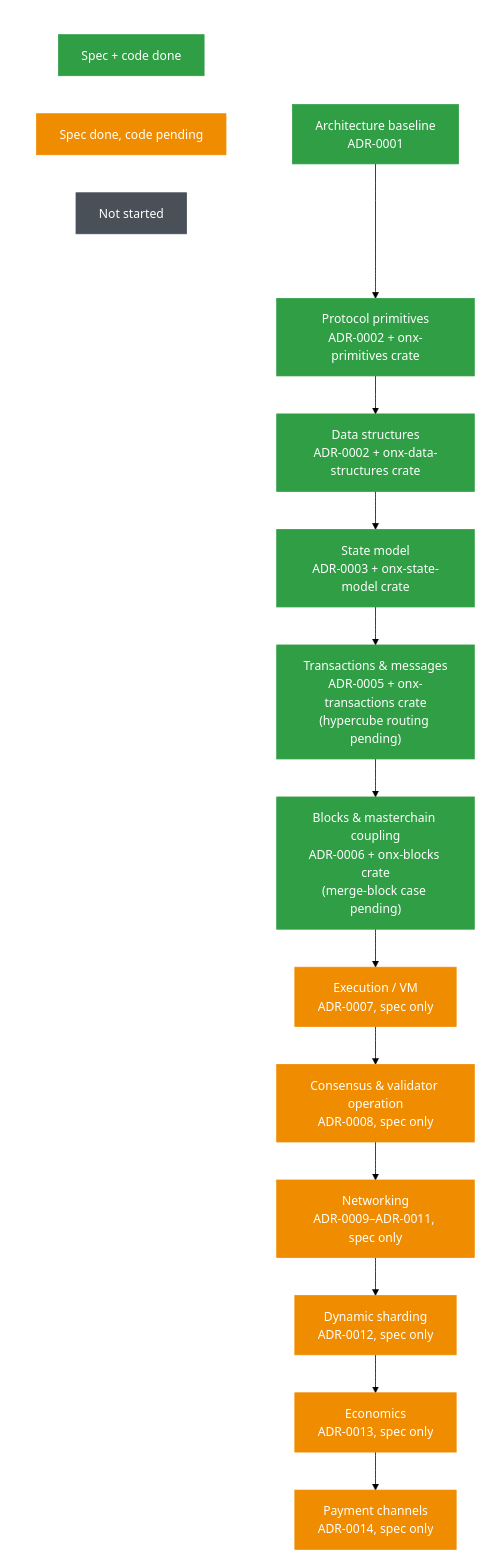
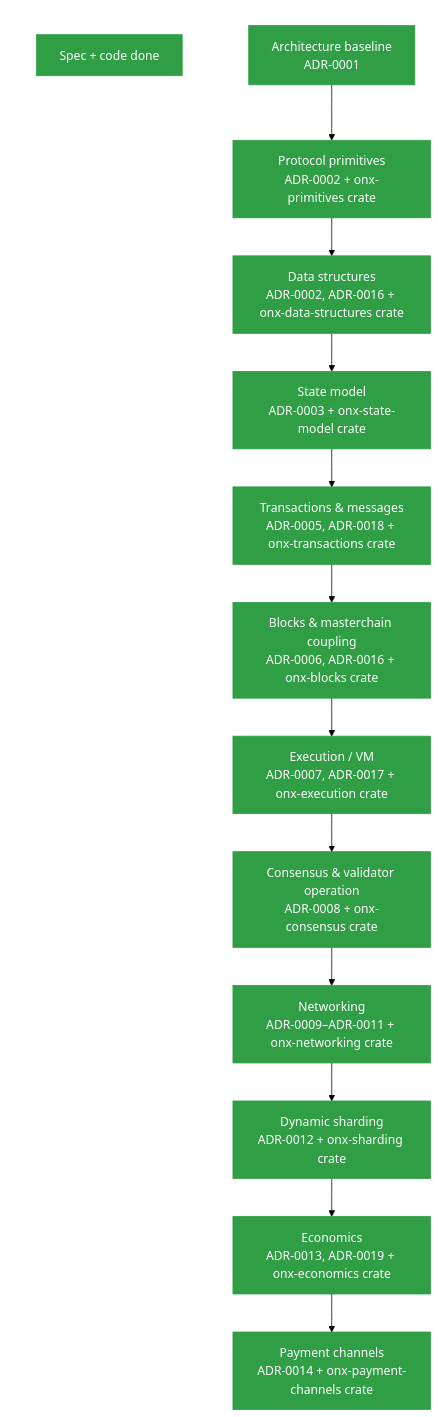
Before and after one commit to polkkimono-svg/The-Open-Network-X: the diagram in README.md, drawn with Mermaid (forest theme). The commit also changed other lines of this file and 35 other files, not shown here.

First line of the commit message:
Implement ONX protocol crates, ADRs, and ADR-0016 merge blocks

````diff
--- a/README.md
+++ b/README.md
@@ -103,29 +101,25 @@
 ```mermaid
 flowchart TD
     subgraph Legend[" "]
         direction LR
         L1["Spec + code done"]:::done
-        L2["Spec done, code pending"]:::specOnly
-        L3["Not started"]:::todo
     end
 
     A["Architecture baseline<br/>ADR-0001"]:::done
     B["Protocol primitives<br/>ADR-0002 + onx-primitives crate"]:::done
-    C["Data structures<br/>ADR-0002 + onx-data-structures crate"]:::done
+    C["Data structures<br/>ADR-0002, ADR-0016 + onx-data-structures crate"]:::done
     D["State model<br/>ADR-0003 + onx-state-model crate"]:::done
-    E["Transactions & messages<br/>ADR-0005 + onx-transactions crate<br/>(hypercube routing pending)"]:::done
-    F["Blocks & masterchain coupling<br/>ADR-0006 + onx-blocks crate<br/>(merge-block case pending)"]:::done
-    G["Execution / VM<br/>ADR-0007, spec only"]:::specOnly
-    H["Consensus & validator operation<br/>ADR-0008, spec only"]:::specOnly
-    I["Networking<br/>ADR-0009–ADR-0011, spec only"]:::specOnly
-    J["Dynamic sharding<br/>ADR-0012, spec only"]:::specOnly
-    K["Economics<br/>ADR-0013, spec only"]:::specOnly
-    L["Payment channels<br/>ADR-0014, spec only"]:::specOnly
+    E["Transactions & messages<br/>ADR-0005, ADR-0018 + onx-transactions crate"]:::done
+    F["Blocks & masterchain coupling<br/>ADR-0006, ADR-0016 + onx-blocks crate"]:::done
+    G["Execution / VM<br/>ADR-0007, ADR-0017 + onx-execution crate"]:::done
+    H["Consensus & validator operation<br/>ADR-0008 + onx-consensus crate"]:::done
+    I["Networking<br/>ADR-0009–ADR-0011 + onx-networking crate"]:::done
+    J["Dynamic sharding<br/>ADR-0012 + onx-sharding crate"]:::done
+    K["Economics<br/>ADR-0013, ADR-0019 + onx-economics crate"]:::done
+    L["Payment channels<br/>ADR-0014 + onx-payment-channels crate"]:::done
 
     A --> B --> C --> D --> E --> F --> G --> H --> I --> J --> K --> L
 
     classDef done fill:#2f9e44,stroke:#2f9e44,color:#fff
-    classDef specOnly fill:#f08c00,stroke:#f08c00,color:#fff
-    classDef todo fill:#495057,stroke:#495057,color:#fff
     style Legend fill:transparent,stroke:transparent
 ```
````
